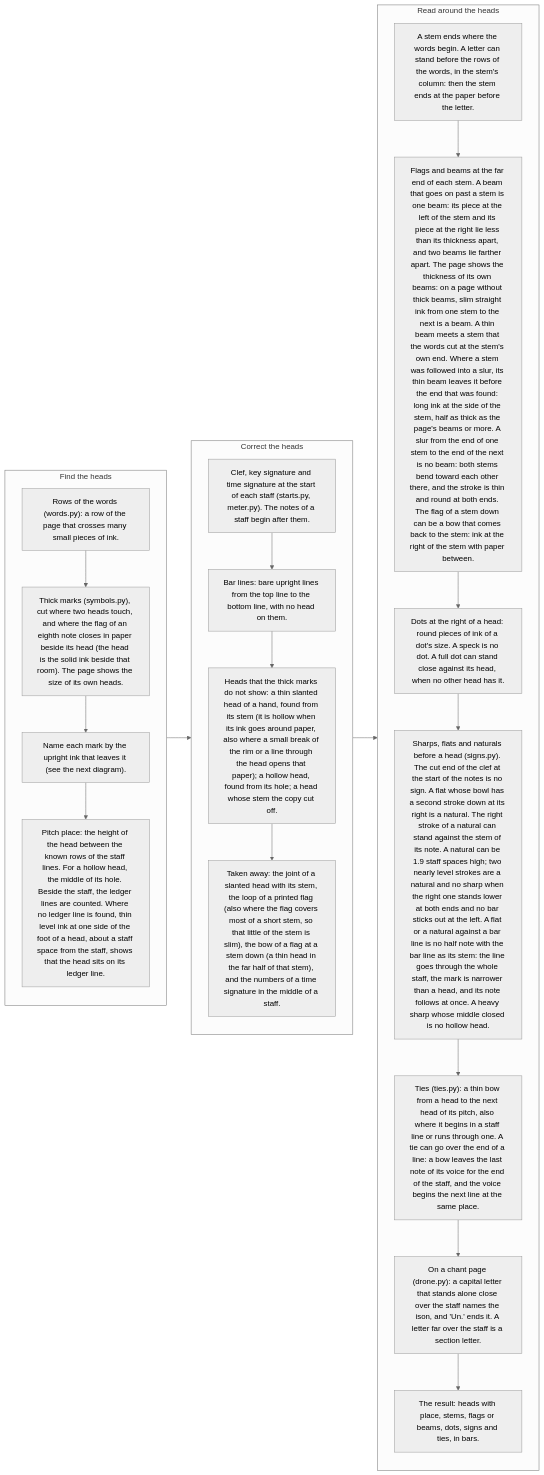
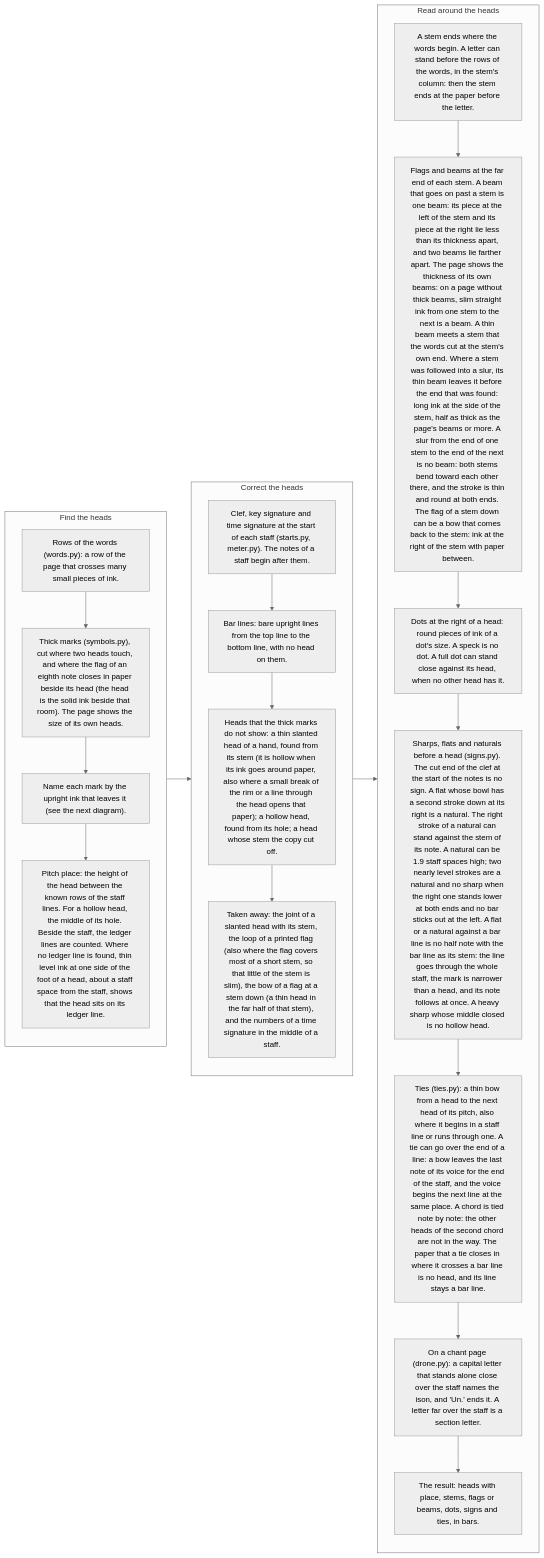
One commit to sweet-cicero/ScoreReader changed the fourth of 12 diagrams in README.md. Above: the diagram before and after it, drawn with Mermaid (neutral theme). The commit also changed other lines of this file and 4 other files, not shown here.

First line of the commit message:
A tie that crosses a bar line, and a tied chord

````diff
--- a/README.md
+++ b/README.md
@@ -152,31 +152,31 @@
 ```mermaid
 flowchart LR
     subgraph find["Find the heads"]
         direction TB
         f0["Rows of the words (words.py): a row of the page that crosses many small pieces of ink."]
         f1["Thick marks (symbols.py), cut where two heads touch, and where the flag of an eighth note closes in paper beside its head (the head is the solid ink beside that room). The page shows the size of its own heads."]
         f2["Name each mark by the upright ink that leaves it (see the next diagram)."]
         f3["Pitch place: the height of the head between the known rows of the staff lines. For a hollow head, the middle of its hole. Beside the staff, the ledger lines are counted. Where no ledger line is found, thin level ink at one side of the foot of a head, about a staff space from the staff, shows that the head sits on its ledger line."]
         f0 --> f1 --> f2 --> f3
     end
     subgraph more["Correct the heads"]
         direction TB
         m1["Clef, key signature and time signature at the start of each staff (starts.py, meter.py). The notes of a staff begin after them."]
         m2["Bar lines: bare upright lines from the top line to the bottom line, with no head on them."]
         m3["Heads that the thick marks do not show: a thin slanted head of a hand, found from its stem (it is hollow when its ink goes around paper, also where a small break of the rim or a line through the head opens that paper); a hollow head, found from its hole; a head whose stem the copy cut off."]
         m4["Taken away: the joint of a slanted head with its stem, the loop of a printed flag (also where the flag covers most of a short stem, so that little of the stem is slim), the bow of a flag at a stem down (a thin head in the far half of that stem), and the numbers of a time signature in the middle of a staff."]
         m1 --> m2 --> m3 --> m4
     end
     subgraph around["Read around the heads"]
         direction TB
         a1["A stem ends where the words begin. A letter can stand before the rows of the words, in the stem's column: then the stem ends at the paper before the letter."]
         a2["Flags and beams at the far end of each stem. A beam that goes on past a stem is one beam: its piece at the left of the stem and its piece at the right lie less than its thickness apart, and two beams lie farther apart. The page shows the thickness of its own beams: on a page without thick beams, slim straight ink from one stem to the next is a beam. A thin beam meets a stem that the words cut at the stem's own end. Where a stem was followed into a slur, its thin beam leaves it before the end that was found: long ink at the side of the stem, half as thick as the page's beams or more. A slur from the end of one stem to the end of the next is no beam: both stems bend toward each other there, and the stroke is thin and round at both ends. The flag of a stem down can be a bow that comes back to the stem: ink at the right of the stem with paper between."]
         a3["Dots at the right of a head: round pieces of ink of a dot's size. A speck is no dot. A full dot can stand close against its head, when no other head has it."]
         a4["Sharps, flats and naturals before a head (signs.py). The cut end of the clef at the start of the notes is no sign. A flat whose bowl has a second stroke down at its right is a natural. The right stroke of a natural can stand against the stem of its note. A natural can be 1.9 staff spaces high; two nearly level strokes are a natural and no sharp when the right one stands lower at both ends and no bar sticks out at the left. A flat or a natural against a bar line is no half note with the bar line as its stem: the line goes through the whole staff, the mark is narrower than a head, and its note follows at once. A heavy sharp whose middle closed is no hollow head."]
-        a5["Ties (ties.py): a thin bow from a head to the next head of its pitch, also where it begins in a staff line or runs through one. A tie can go over the end of a line: a bow leaves the last note of its voice for the end of the staff, and the voice begins the next line at the same place."]
+        a5["Ties (ties.py): a thin bow from a head to the next head of its pitch, also where it begins in a staff line or runs through one. A tie can go over the end of a line: a bow leaves the last note of its voice for the end of the staff, and the voice begins the next line at the same place. A chord is tied note by note: the other heads of the second chord are not in the way. The paper that a tie closes in where it crosses a bar line is no head, and its line stays a bar line."]
         a6["On a chant page (drone.py): a capital letter that stands alone close over the staff names the ison, and 'Un.' ends it. A letter far over the staff is a section letter."]
         a7["The result: heads with place, stems, flags or beams, dots, signs and ties, in bars."]
         a1 --> a2 --> a3 --> a4 --> a5 --> a6 --> a7
     end
     find --> more --> around
 ```
````
